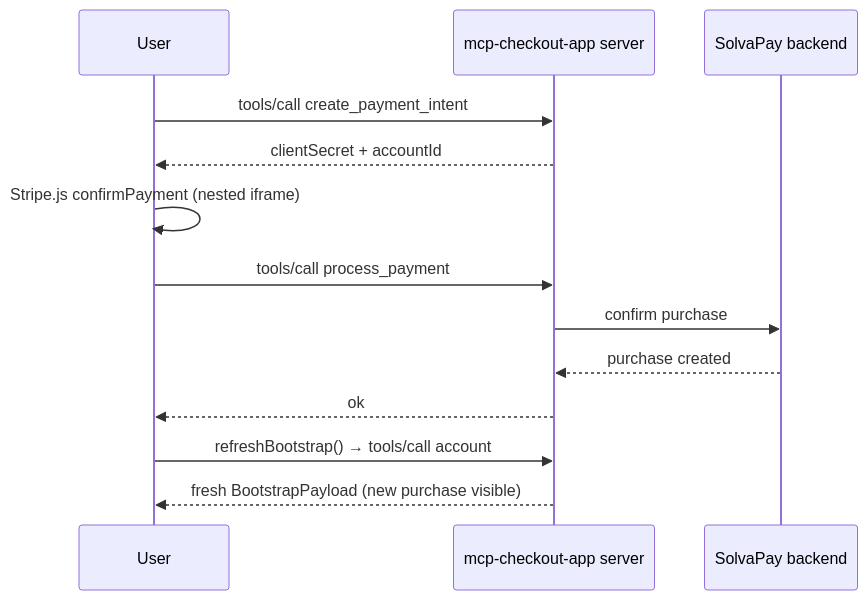
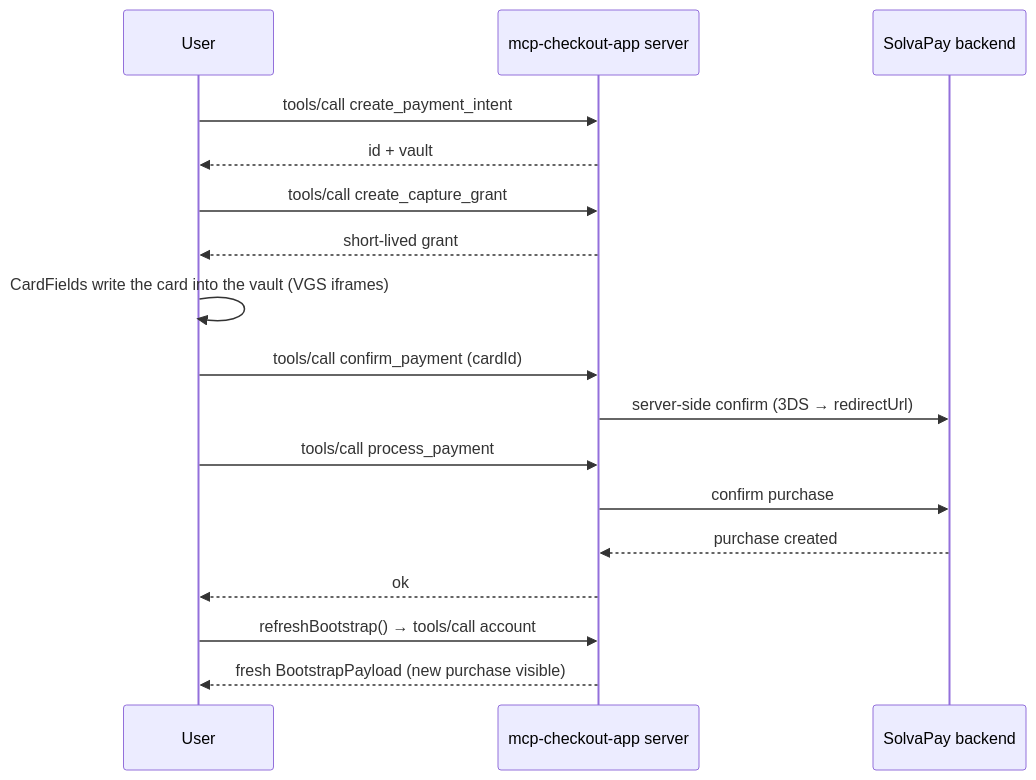
One commit to solvapay/solvapay-sdk changed the second of 3 diagrams in examples/mcp-checkout-app/README.md. Above: the diagram before and after it, drawn with Mermaid. The commit also changed other lines of this file and 214 other files, not shown here.

Commit message:
Remove Stripe Elements from the SDK: vault card fields only

````diff
--- a/examples/mcp-checkout-app/README.md
+++ b/examples/mcp-checkout-app/README.md
@@ -207,16 +198,20 @@
 ```mermaid
 sequenceDiagram
   participant U as User
   participant S as mcp-checkout-app server
   participant SP as SolvaPay backend
 
   U->>S: tools/call create_payment_intent
-  S-->>U: clientSecret + accountId
-  U->>U: Stripe.js confirmPayment (nested iframe)
+  S-->>U: id + vault
+  U->>S: tools/call create_capture_grant
+  S-->>U: short-lived grant
+  U->>U: CardFields write the card into the vault (VGS iframes)
+  U->>S: tools/call confirm_payment (cardId)
+  S->>SP: server-side confirm (3DS → redirectUrl)
   U->>S: tools/call process_payment
   S->>SP: confirm purchase
   SP-->>S: purchase created
   S-->>U: ok
   U->>S: refreshBootstrap() → tools/call account
   S-->>U: fresh BootstrapPayload (new purchase visible)
 ```
````
